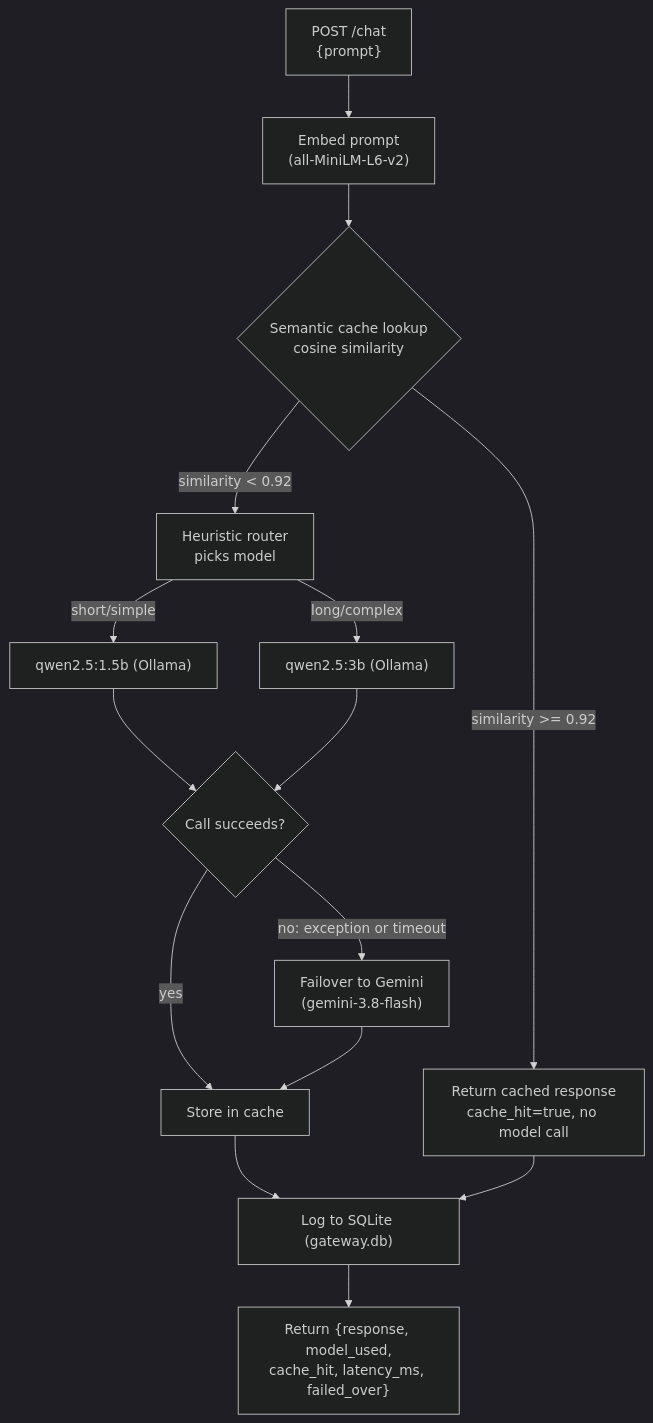
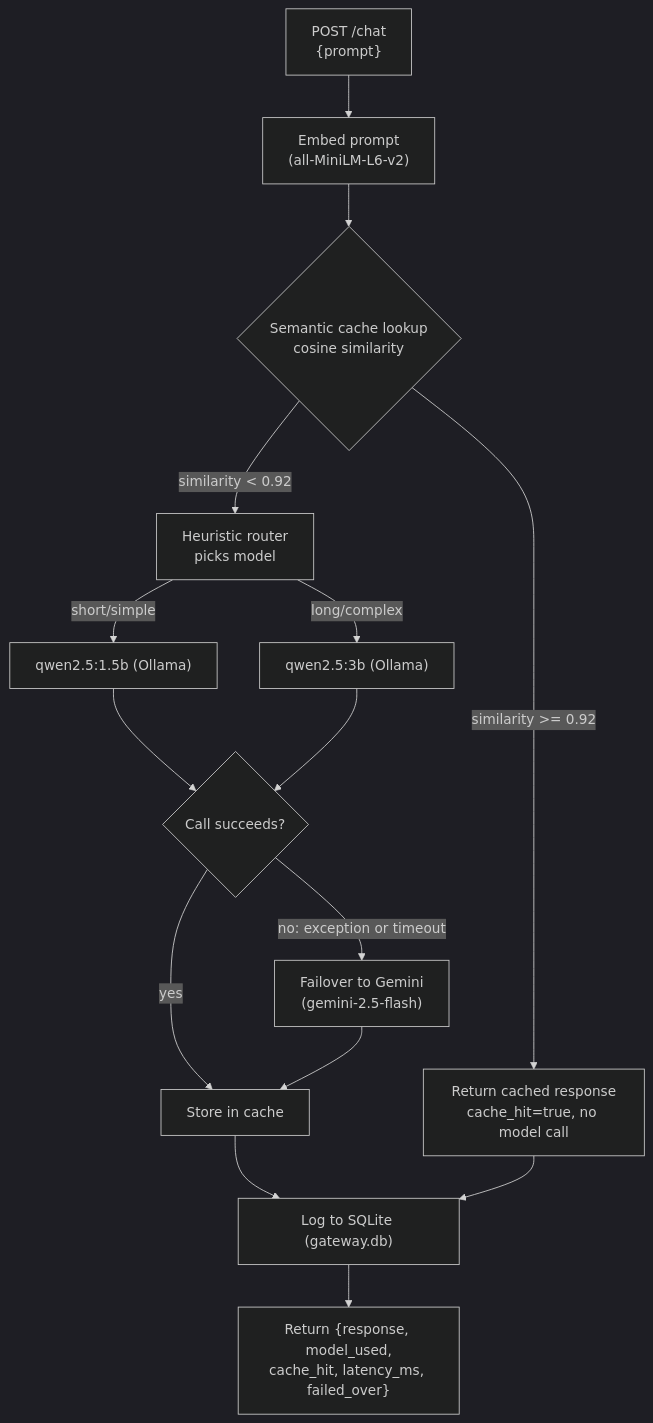
One commit to amanjuneja420/llm-gateway changed the diagram in README.md. Above: the diagram before and after it, drawn with Mermaid (dark theme).

Commit message:
Update failover model version in README

````diff
--- a/README.md
+++ b/README.md
@@ -15,17 +15,17 @@
 ```mermaid
 flowchart TD
     A["POST /chat<br/>{prompt}"] --> B["Embed prompt<br/>(all-MiniLM-L6-v2)"]
     B --> C{"Semantic cache lookup<br/>cosine similarity"}
     C -->|"similarity >= 0.92"| D["Return cached response<br/>cache_hit=true, no model call"]
     C -->|"similarity < 0.92"| E["Heuristic router<br/>picks model"]
     E -->|"short/simple"| F["qwen2.5:1.5b (Ollama)"]
     E -->|"long/complex"| G["qwen2.5:3b (Ollama)"]
     F --> H{"Call succeeds?"}
     G --> H
     H -->|"yes"| I["Store in cache"]
-    H -->|"no: exception or timeout"| J["Failover to Gemini<br/>(gemini-3.8-flash)"]
+    H -->|"no: exception or timeout"| J["Failover to Gemini<br/>(gemini-2.5-flash)"]
     J --> I
     I --> K["Log to SQLite (gateway.db)"]
     D --> K
     K --> L["Return {response, model_used,<br/>cache_hit, latency_ms, failed_over}"]
 ```
````
